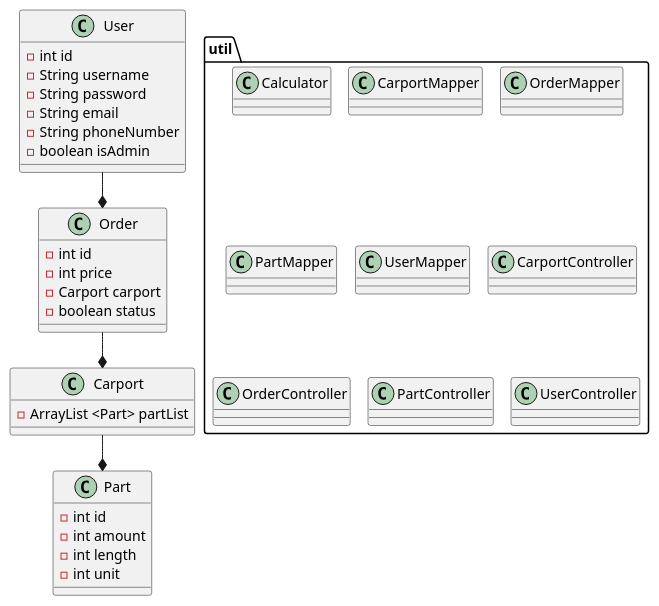
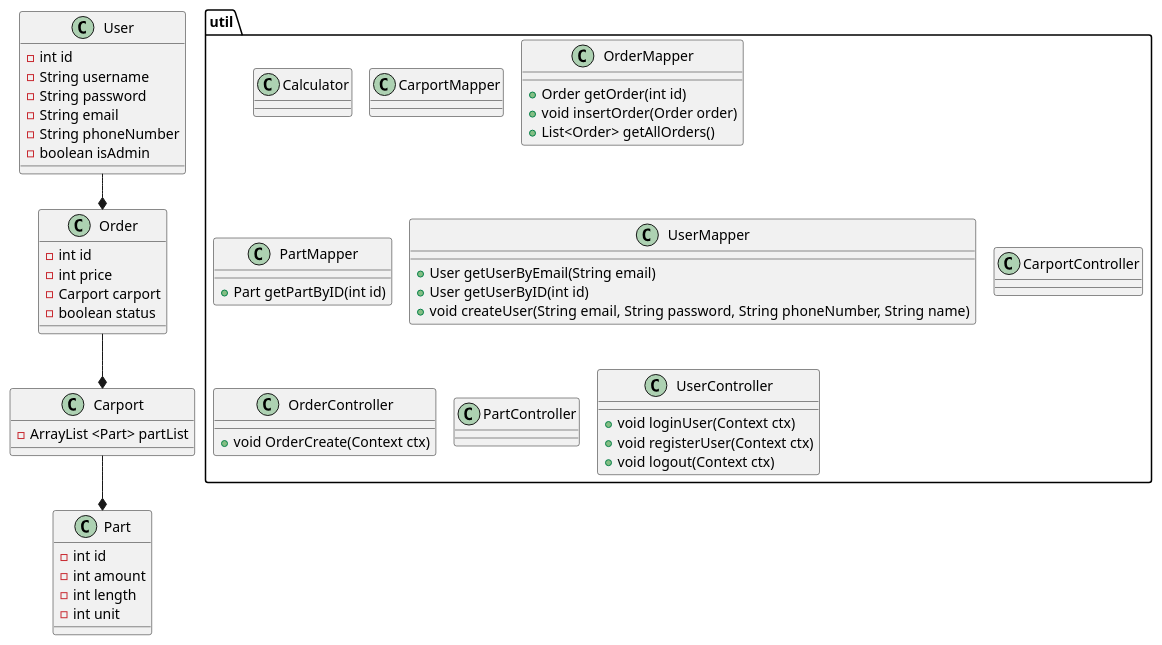
The diagram in doc/classDiagram.puml (AndreasKuke/FogCarportProject), drawn with PlantUML before and after one commit. The commit also changed 1 other file, not shown here.

Commit message:
Updated class diagram 06-05
getAllOrders() done

```diff
--- a/doc/classDiagram.puml
+++ b/doc/classDiagram.puml
@@ -1,72 +1,77 @@
 @startuml
 !pragma layout smetana
 
 User --* Order
 Order --* Carport
 Carport --* Part
 
 Class User {
 - int id
 - String username
 - String password
 - String email
 - String phoneNumber
 - boolean isAdmin
-
 }
 
 Class Order {
 - int id
 - int price
 - Carport carport
 - boolean status
 }
 
 Class Part {
 - int id
 - int amount
 - int length
 - int unit
 }
 
 Class Carport {
 - ArrayList <Part> partList
 }
 
 Package util {
 Class Calculator
 
 Class CarportMapper{
 
 }
 
 Class OrderMapper{
-
++Order getOrder(int id)
++void insertOrder(Order order)
++List<Order> getAllOrders()
 }
 
 Class PartMapper{
-
++Part getPartByID(int id)
 }
 
 Class UserMapper{
-
++User getUserByEmail(String email)
++User getUserByID(int id)
++void createUser(String email, String password, String phoneNumber, String name)
 }
 
 Class CarportController{
 
 }
 
 Class OrderController{
-
++void OrderCreate(Context ctx)
 }
 
 Class PartController{
 
 }
 
 Class UserController{
-
++void loginUser(Context ctx)
++void registerUser(Context ctx)
++void logout(Context ctx)
 }
 
 }
 @enduml
```
